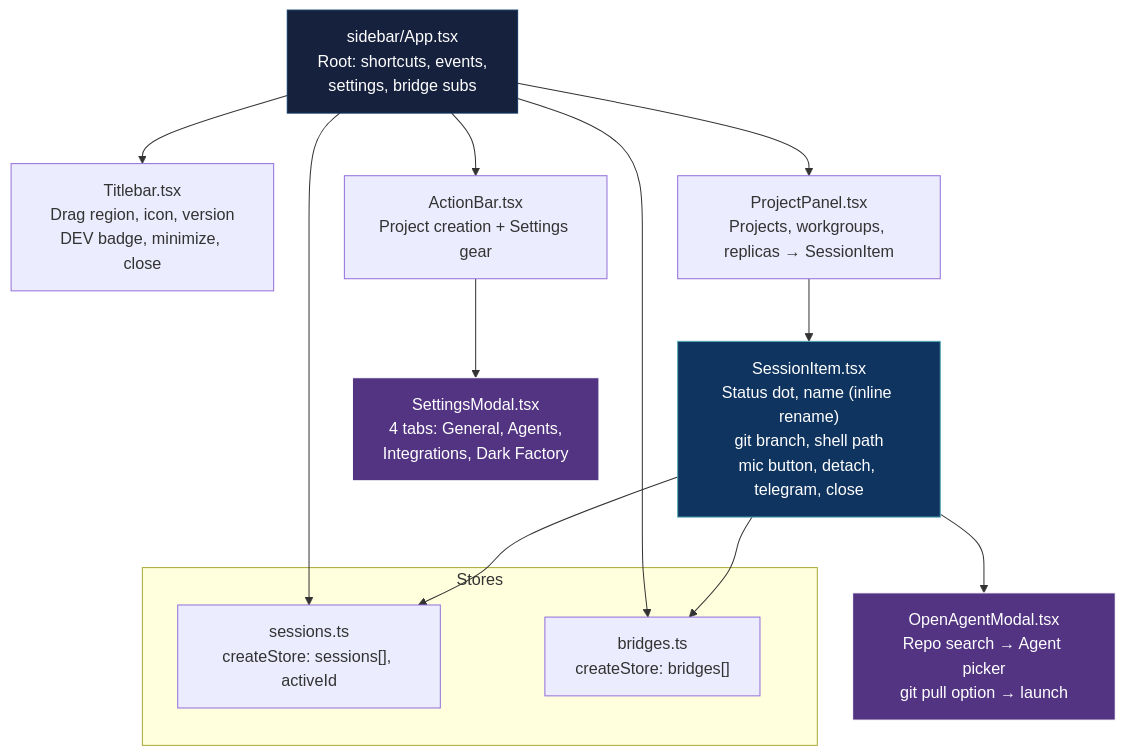
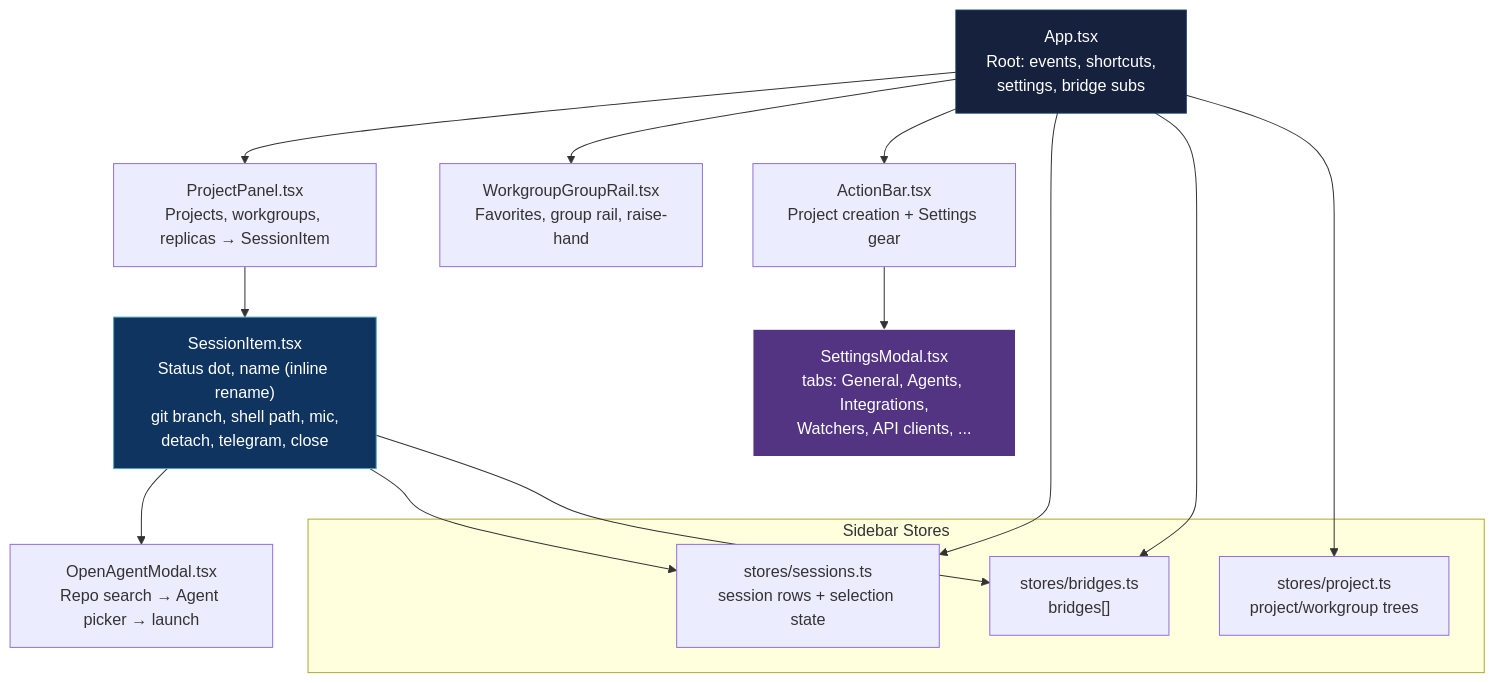
Before and after one commit to mblua/AgentsCommander: the third of 14 diagrams in docs/reference/architecture.md, drawn with Mermaid. The commit also changed other lines of this file, not shown here.

First line of the commit message:
docs(1320): rewrite architecture map against current 0.20.x codebase

````diff
--- a/docs/reference/architecture.md
+++ b/docs/reference/architecture.md
@@ -165,28 +211,29 @@
 ```mermaid
 graph TD
-    SA["sidebar/App.tsx<br/>Root: shortcuts, events,<br/>settings, bridge subs"]
+    MA["App.tsx<br/>Root: events, shortcuts,<br/>settings, bridge subs"]
 
-    SA --> TB["Titlebar.tsx<br/>Drag region, icon, version<br/>DEV badge, minimize, close"]
-    SA --> PP["ProjectPanel.tsx<br/>Projects, workgroups, replicas → SessionItem"]
-    SA --> AB["ActionBar.tsx<br/>Project creation + Settings gear"]
+    MA --> PP["ProjectPanel.tsx<br/>Projects, workgroups, replicas → SessionItem"]
+    MA --> WR["WorkgroupGroupRail.tsx<br/>Favorites, group rail, raise-hand"]
+    MA --> AB["ActionBar.tsx<br/>Project creation + Settings gear"]
 
-    PP --> SI["SessionItem.tsx<br/>Status dot, name (inline rename)<br/>git branch, shell path<br/>mic button, detach, telegram, close"]
+    PP --> SI["SessionItem.tsx<br/>Status dot, name (inline rename)<br/>git branch, shell path, mic,<br/>detach, telegram, close"]
 
-    AB --> SM["SettingsModal.tsx<br/>4 tabs: General, Agents,<br/>Integrations, Dark Factory"]
-    SI --> OA["OpenAgentModal.tsx<br/>Repo search → Agent picker<br/>git pull option → launch"]
+    AB --> SM["SettingsModal.tsx<br/>tabs: General, Agents, Integrations,<br/>Watchers, API clients, ..."]
+    SI --> OA["OpenAgentModal.tsx<br/>Repo search → Agent picker → launch"]
 
-    subgraph "Stores"
-        SS["sessions.ts<br/>createStore: sessions[], activeId"]
-        BS["bridges.ts<br/>createStore: bridges[]"]
+    subgraph "Sidebar Stores"
+        SS["stores/sessions.ts<br/>session rows + selection state"]
+        BS["stores/bridges.ts<br/>bridges[]"]
+        PS["stores/project.ts<br/>project/workgroup trees"]
     end
 
-    SA --> SS
-    SA --> BS
+    MA --> SS
+    MA --> BS
+    MA --> PS
     SI --> SS
     SI --> BS
 
-    style SA fill:#16213e,stroke:#0f3460,color:#fff
+    style MA fill:#16213e,stroke:#0f3460,color:#fff
     style SM fill:#533483,stroke:#fff,color:#fff
-    style OA fill:#533483,stroke:#fff,color:#fff
     style SI fill:#0f3460,stroke:#53a8b6,color:#fff
 ```
````
